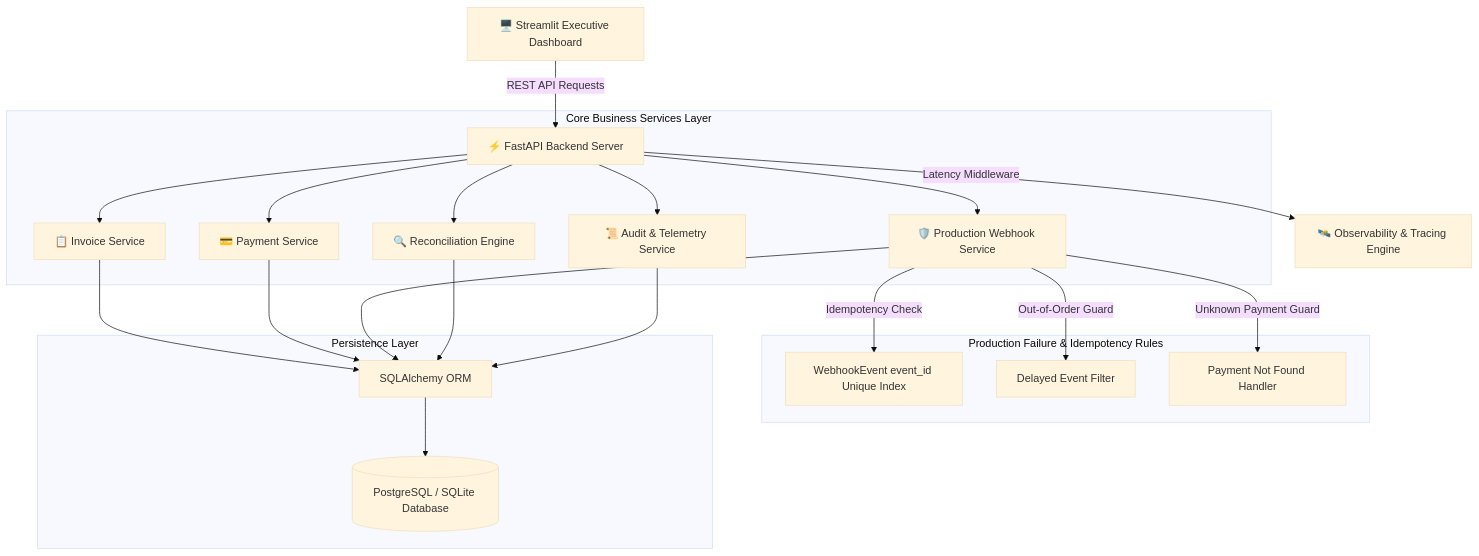
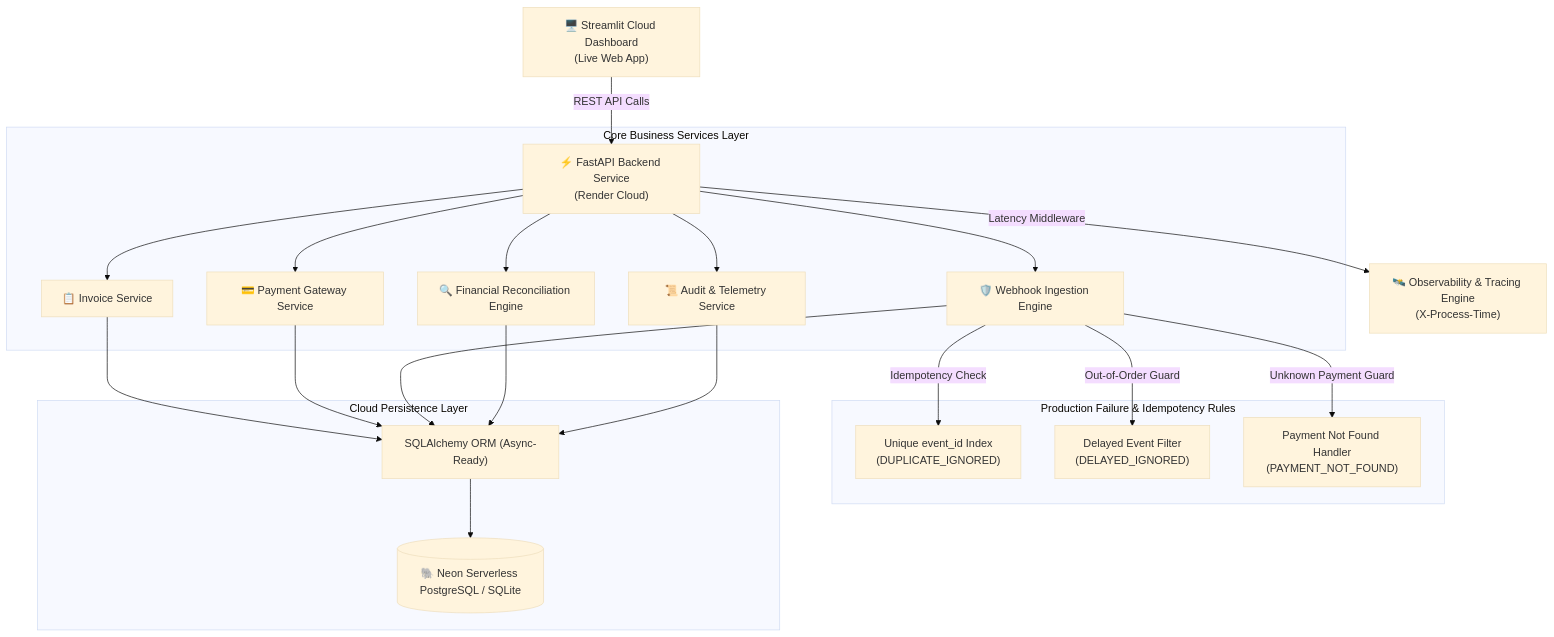
One commit to Dhanya562004/pulsepay-healthcare-reconciliation changed the diagram in README.md. Above: the diagram before and after it, drawn with Mermaid (base theme). The commit also changed other lines of this file, not shown here.

Commit message:
docs: update README with live deployment URLs (Streamlit & Render), API docs, and default backend url

````diff
--- a/README.md
+++ b/README.md
@@ -45,28 +52,28 @@
 ```mermaid
 graph TD
-    UI[🖥️ Streamlit Executive Dashboard] -->|REST API Requests| API[⚡ FastAPI Backend Server]
-    API -->|Latency Middleware| OBS[🛰️ Observability & Tracing Engine]
+    UI["🖥️ Streamlit Cloud Dashboard<br>(Live Web App)"] -->|REST API Calls| API["⚡ FastAPI Backend Service<br>(Render Cloud)"]
+    API -->|Latency Middleware| OBS["🛰️ Observability & Tracing Engine<br>(X-Process-Time)"]
     
     subgraph Core Business Services Layer
-        API --> INV_S[📋 Invoice Service]
-        API --> PAY_S[💳 Payment Service]
-        API --> WH_S[🛡️ Production Webhook Service]
-        API --> REC_S[🔍 Reconciliation Engine]
-        API --> AUD_S[📜 Audit & Telemetry Service]
+        API --> INV_S["📋 Invoice Service"]
+        API --> PAY_S["💳 Payment Gateway Service"]
+        API --> WH_S["🛡️ Webhook Ingestion Engine"]
+        API --> REC_S["🔍 Financial Reconciliation Engine"]
+        API --> AUD_S["📜 Audit & Telemetry Service"]
     end
 
     subgraph Production Failure & Idempotency Rules
-        WH_S -->|Idempotency Check| IDEM[WebhookEvent event_id Unique Index]
-        WH_S -->|Out-of-Order Guard| OO[Delayed Event Filter]
-        WH_S -->|Unknown Payment Guard| UP[Payment Not Found Handler]
+        WH_S -->|Idempotency Check| IDEM["Unique event_id Index<br>(DUPLICATE_IGNORED)"]
+        WH_S -->|Out-of-Order Guard| OO["Delayed Event Filter<br>(DELAYED_IGNORED)"]
+        WH_S -->|Unknown Payment Guard| UP["Payment Not Found Handler<br>(PAYMENT_NOT_FOUND)"]
     end
 
-    subgraph Persistence Layer
-        INV_S --> ORM[SQLAlchemy ORM]
+    subgraph Cloud Persistence Layer
+        INV_S --> ORM["SQLAlchemy ORM (Async-Ready)"]
         PAY_S --> ORM
         WH_S --> ORM
         REC_S --> ORM
         AUD_S --> ORM
-        ORM --> DB[(PostgreSQL / SQLite Database)]
+        ORM --> DB[("🐘 Neon Serverless PostgreSQL / SQLite")]
     end
 ```
````
